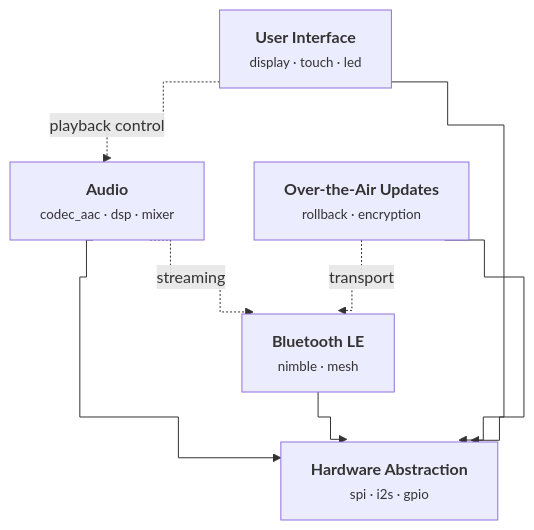
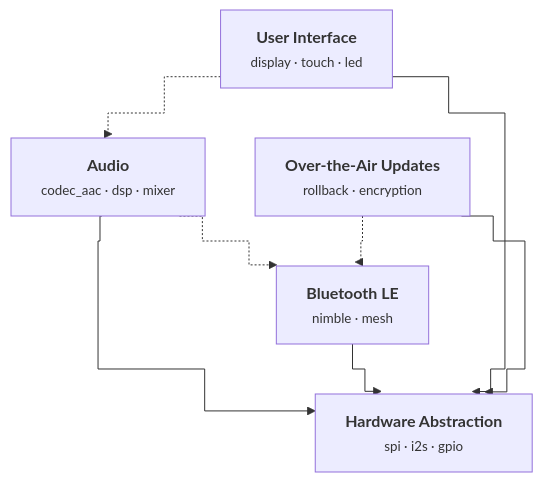
The diagram in README.md (DimmKirr/kconfig2mermaid), drawn with Mermaid before and after one commit. The commit also changed other lines of this file and 8 other files, not shown here.

First line of the commit message:
feat(parser): auto-derive diagram from standard Kconfig

````diff
--- a/README.md
+++ b/README.md
@@ -5,17 +5,17 @@
 ```mermaid
 %%{init: {"flowchart": {"curve": "step"}} }%%
 flowchart TB
     AUDIO["<b>Audio</b><br/><small>codec_aac · dsp · mixer</small>"]
     BLE["<b>Bluetooth LE</b><br/><small>nimble · mesh</small>"]
     HAL["<b>Hardware Abstraction</b><br/><small>spi · i2s · gpio</small>"]
     OTA["<b>Over-the-Air Updates</b><br/><small>rollback · encryption</small>"]
     UI["<b>User Interface</b><br/><small>display · touch · led</small>"]
 
     AUDIO --> HAL
-    AUDIO -.->|streaming| BLE
+    AUDIO -.-> BLE
     BLE --> HAL
-    OTA -.->|transport| BLE
+    OTA -.-> BLE
     UI --> HAL
-    UI -.->|playback control| AUDIO
+    UI -.-> AUDIO
     OTA --> HAL
 ```
````
